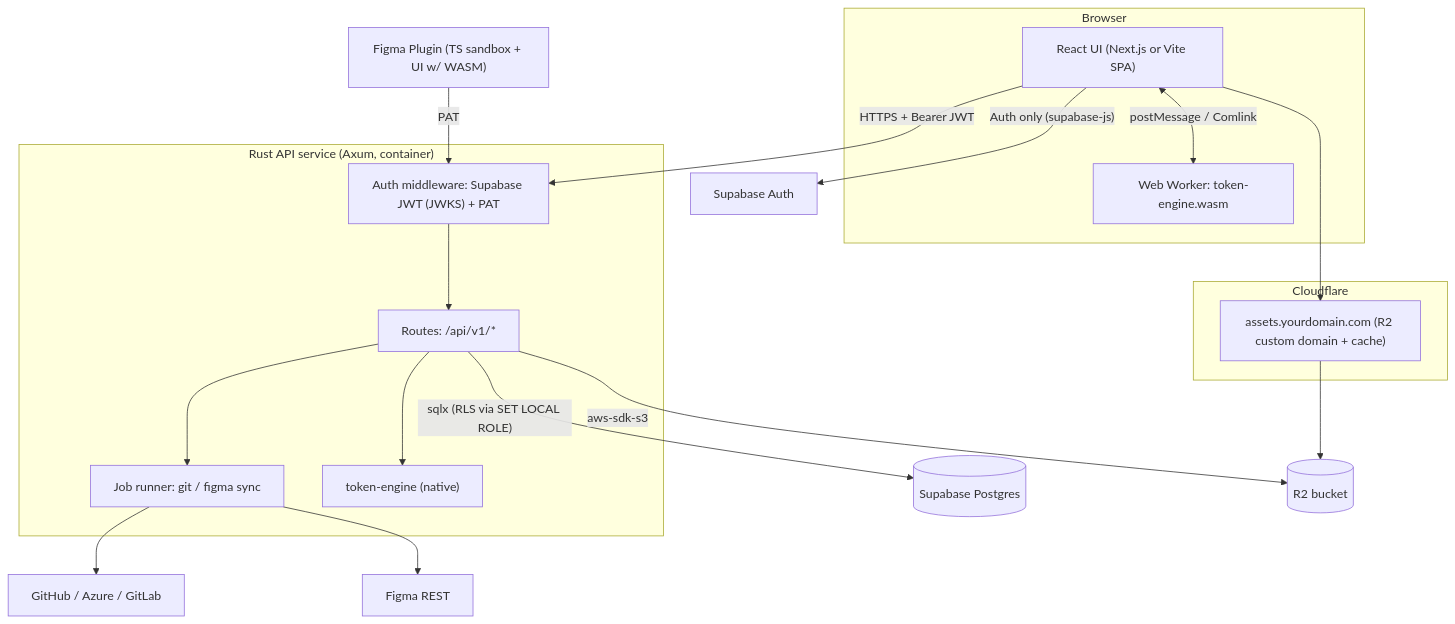
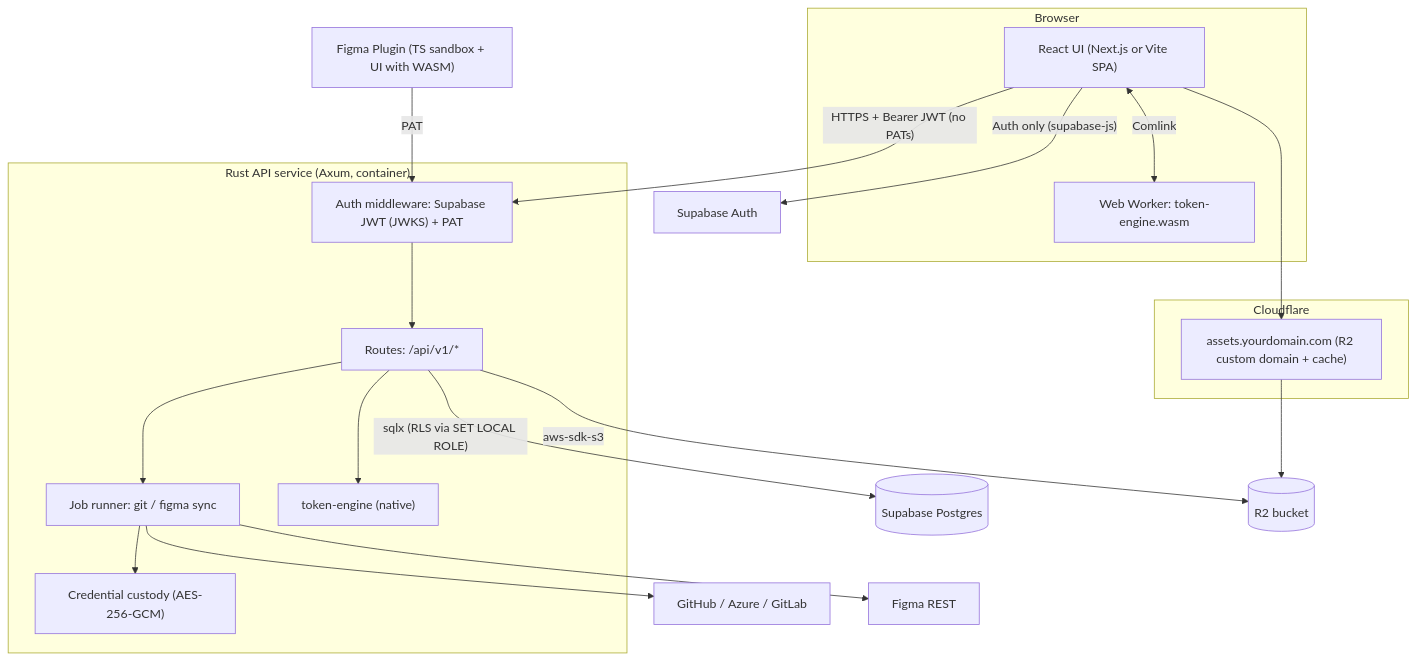
The second of 4 diagrams in docs/RUST_MIGRATION_PLAN.md (enamulkhanbd/second-screen), drawn with Mermaid before and after one commit. The commit also changed other lines of this file, not shown here.

Commit message:
update rust migration plan docs to version 1.1 with re-baselined architecture and token engine priorities

````diff
--- a/docs/RUST_MIGRATION_PLAN.md
+++ b/docs/RUST_MIGRATION_PLAN.md
@@ -148,30 +182,31 @@
 ```mermaid
 flowchart TB
   subgraph Browser
     UI["React UI (Next.js or Vite SPA)"]
     W["Web Worker: token-engine.wasm"]
-    UI <-->|"postMessage / Comlink"| W
+    UI <-->|"Comlink"| W
   end
 
   subgraph Edge["Cloudflare"]
     CDN["assets.yourdomain.com (R2 custom domain + cache)"]
   end
 
   subgraph RustAPI["Rust API service (Axum, container)"]
     MW["Auth middleware: Supabase JWT (JWKS) + PAT"]
     RT["Routes: /api/v1/*"]
+    VAULT["Credential custody (AES-256-GCM)"]
     JOBS["Job runner: git / figma sync"]
     ENG["token-engine (native)"]
     MW --> RT --> ENG
-    RT --> JOBS
+    RT --> JOBS --> VAULT
   end
 
-  UI -->|"HTTPS + Bearer JWT"| MW
+  UI -->|"HTTPS + Bearer JWT (no PATs)"| MW
   UI -->|"Auth only (supabase-js)"| SBA["Supabase Auth"]
   RT -->|"sqlx (RLS via SET LOCAL ROLE)"| PG[("Supabase Postgres")]
   JOBS --> GIT["GitHub / Azure / GitLab"]
   JOBS --> FIG["Figma REST"]
   RT -->|"aws-sdk-s3"| R2[("R2 bucket")]
   UI --> CDN --> R2
-  PL["Figma Plugin (TS sandbox + UI w/ WASM)"] -->|"PAT"| MW
+  PL["Figma Plugin (TS sandbox + UI with WASM)"] -->|"PAT"| MW
 ```
````
